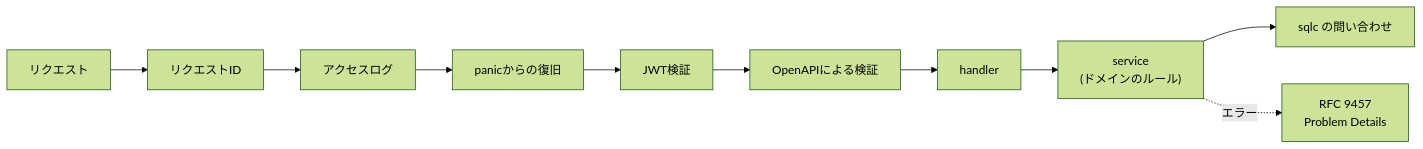
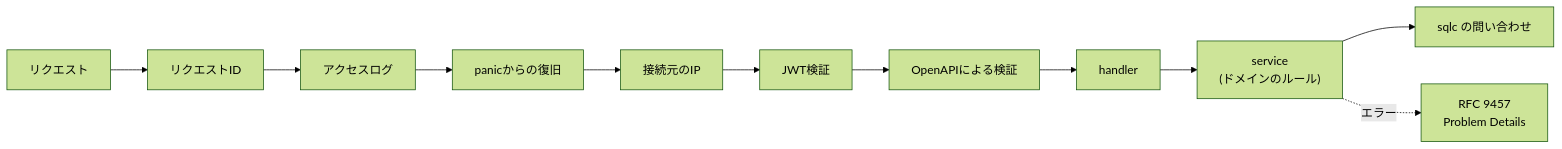
The third of 7 diagrams in docs/architecture.md (Yamada040/job_hunting_copilot), drawn with Mermaid (forest theme) before and after one commit. The commit also changed 31 other files, not shown here.

````diff
--- a/docs/architecture.md
+++ b/docs/architecture.md
@@ -69,5 +69,5 @@
 ```mermaid
 flowchart LR
-    Req["リクエスト"] --> ID["リクエストID"] --> Log["アクセスログ"] --> Recover["panicからの復旧"] --> JWT["JWT検証"] --> Validate["OpenAPIによる検証"] --> Handler["handler"] --> Service["service<br/>(ドメインのルール)"] --> DB["sqlc の問い合わせ"]
+    Req["リクエスト"] --> ID["リクエストID"] --> Log["アクセスログ"] --> Recover["panicからの復旧"] --> IP["接続元のIP"] --> JWT["JWT検証"] --> Validate["OpenAPIによる検証"] --> Handler["handler"] --> Service["service<br/>(ドメインのルール)"] --> DB["sqlc の問い合わせ"]
     Service -.エラー.-> Problem["RFC 9457<br/>Problem Details"]
 ```
````
